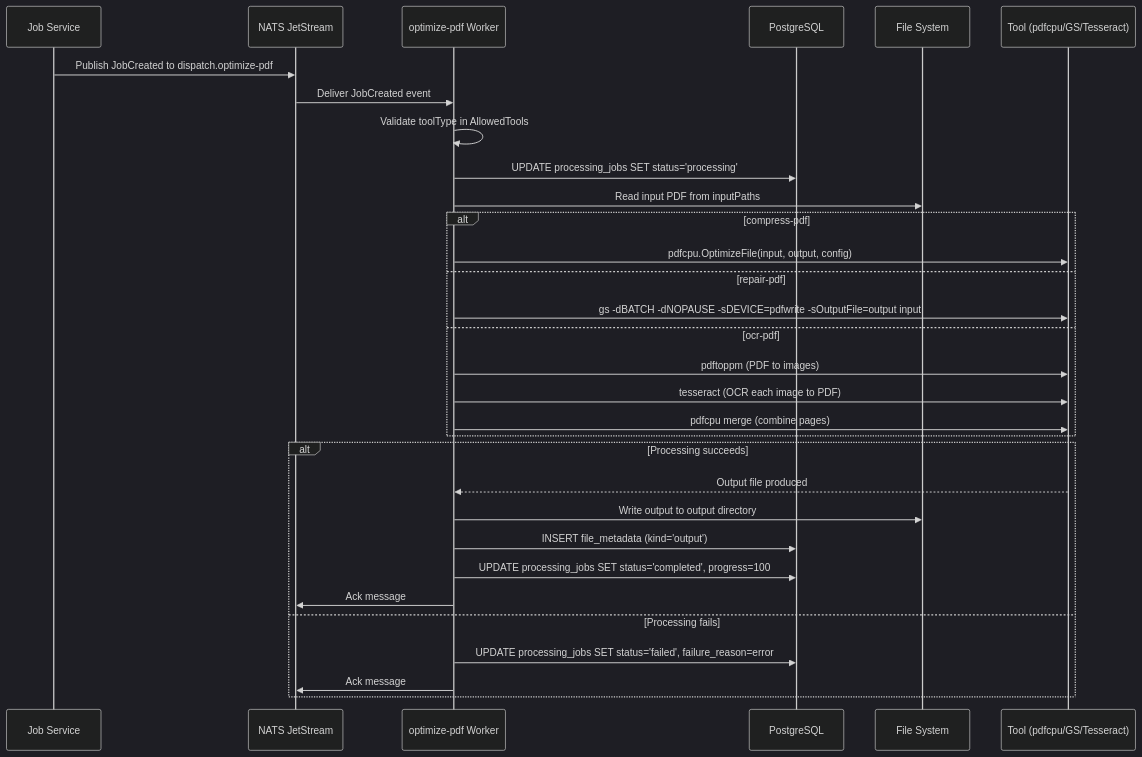
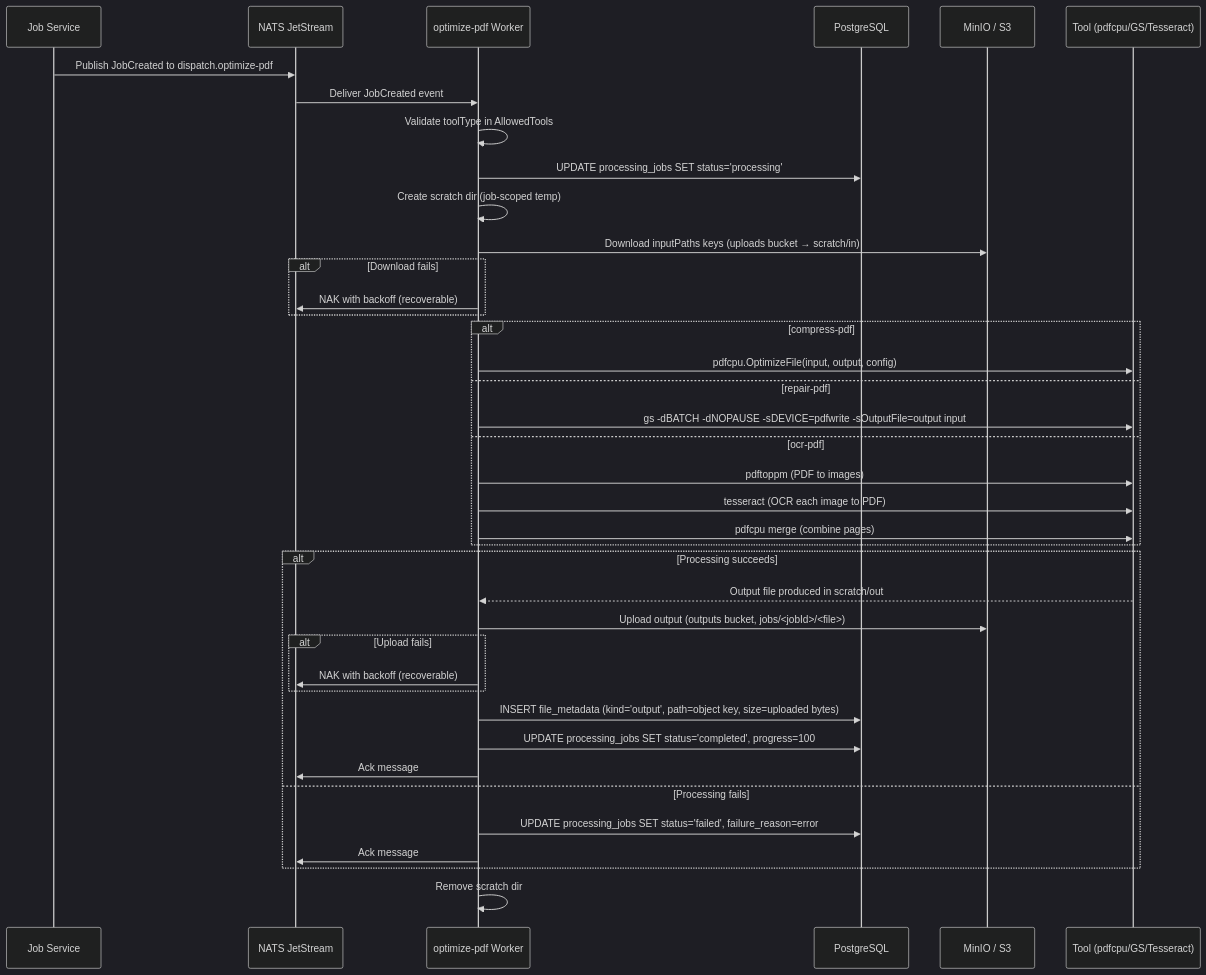
Before and after one commit to Prachidubey2003/fyredocs_backend: the first of 4 diagrams in docs/developer/services/OPTIMIZE_PDF.md, drawn with Mermaid (dark theme). The commit also changed other lines of this file and 84 other files, not shown here.

````diff
--- a/docs/developer/services/OPTIMIZE_PDF.md
+++ b/docs/developer/services/OPTIMIZE_PDF.md
@@ -195,38 +214,46 @@
 ```mermaid
 sequenceDiagram
     participant JS as Job Service
     participant NATS as NATS JetStream
     participant W as optimize-pdf Worker
     participant DB as PostgreSQL
-    participant FS as File System
+    participant S3 as MinIO / S3
     participant T as Tool (pdfcpu/GS/Tesseract)
 
     JS->>NATS: Publish JobCreated to dispatch.optimize-pdf
     NATS->>W: Deliver JobCreated event
 
     W->>W: Validate toolType in AllowedTools
     W->>DB: UPDATE processing_jobs SET status='processing'
 
-    W->>FS: Read input PDF from inputPaths
+    W->>W: Create scratch dir (job-scoped temp)
+    W->>S3: Download inputPaths keys (uploads bucket → scratch/in)
+    alt Download fails
+        W->>NATS: NAK with backoff (recoverable)
+    end
 
     alt compress-pdf
         W->>T: pdfcpu.OptimizeFile(input, output, config)
     else repair-pdf
         W->>T: gs -dBATCH -dNOPAUSE -sDEVICE=pdfwrite -sOutputFile=output input
     else ocr-pdf
         W->>T: pdftoppm (PDF to images)
         W->>T: tesseract (OCR each image to PDF)
         W->>T: pdfcpu merge (combine pages)
     end
 
     alt Processing succeeds
-        T-->>W: Output file produced
-        W->>FS: Write output to output directory
-        W->>DB: INSERT file_metadata (kind='output')
+        T-->>W: Output file produced in scratch/out
+        W->>S3: Upload output (outputs bucket, jobs/<jobId>/<file>)
+        alt Upload fails
+            W->>NATS: NAK with backoff (recoverable)
+        end
+        W->>DB: INSERT file_metadata (kind='output', path=object key, size=uploaded bytes)
         W->>DB: UPDATE processing_jobs SET status='completed', progress=100
         W->>NATS: Ack message
     else Processing fails
         W->>DB: UPDATE processing_jobs SET status='failed', failure_reason=error
         W->>NATS: Ack message
     end
+    W->>W: Remove scratch dir
 ```
````
